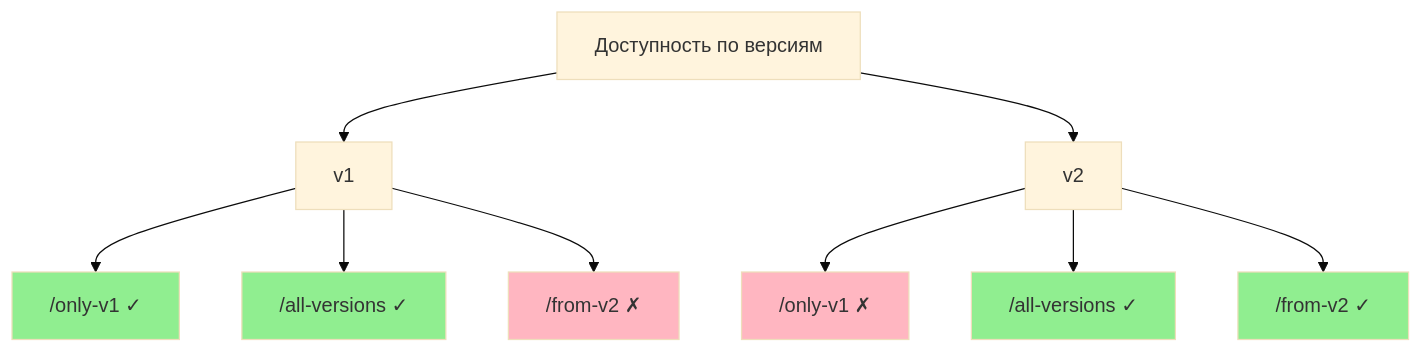
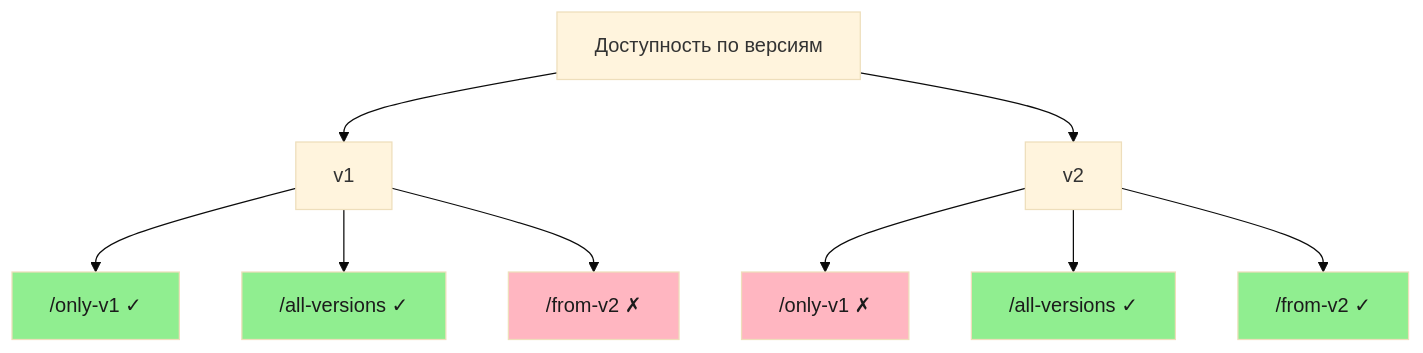
Before and after one commit to feodor-ra/fastapi-easy-versioning: the diagram in docs/ru/index.md, drawn with Mermaid (base theme). The commit also changed 5 other files, not shown here.

Commit message:
docs: keep mermaid node labels readable in the dark theme

````diff
--- a/docs/ru/index.md
+++ b/docs/ru/index.md
@@ -64,22 +64,22 @@
 ```mermaid
 graph TD
     A[Доступность по версиям]
     A --> B[v1]
     A --> C[v2]
 
     B --> B1["/only-v1 ✓"]
     B --> B2["/all-versions ✓"]
     B --> B3["/from-v2 ✗"]
 
     C --> C1["/only-v1 ✗"]
     C --> C2["/all-versions ✓"]
     C --> C3["/from-v2 ✓"]
 
-    style B1 fill:#90EE90
-    style B2 fill:#90EE90
-    style B3 fill:#FFB6C1
+    style B1 fill:#90EE90,color:#1b1b1b
+    style B2 fill:#90EE90,color:#1b1b1b
+    style B3 fill:#FFB6C1,color:#1b1b1b
 
-    style C1 fill:#FFB6C1
-    style C2 fill:#90EE90
-    style C3 fill:#90EE90
+    style C1 fill:#FFB6C1,color:#1b1b1b
+    style C2 fill:#90EE90,color:#1b1b1b
+    style C3 fill:#90EE90,color:#1b1b1b
 ```
````
